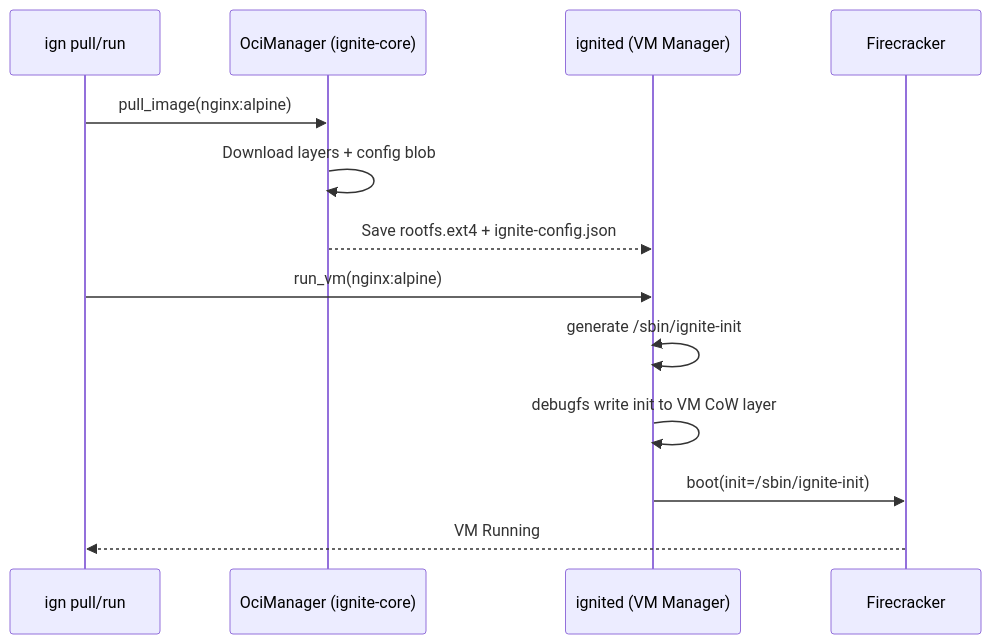
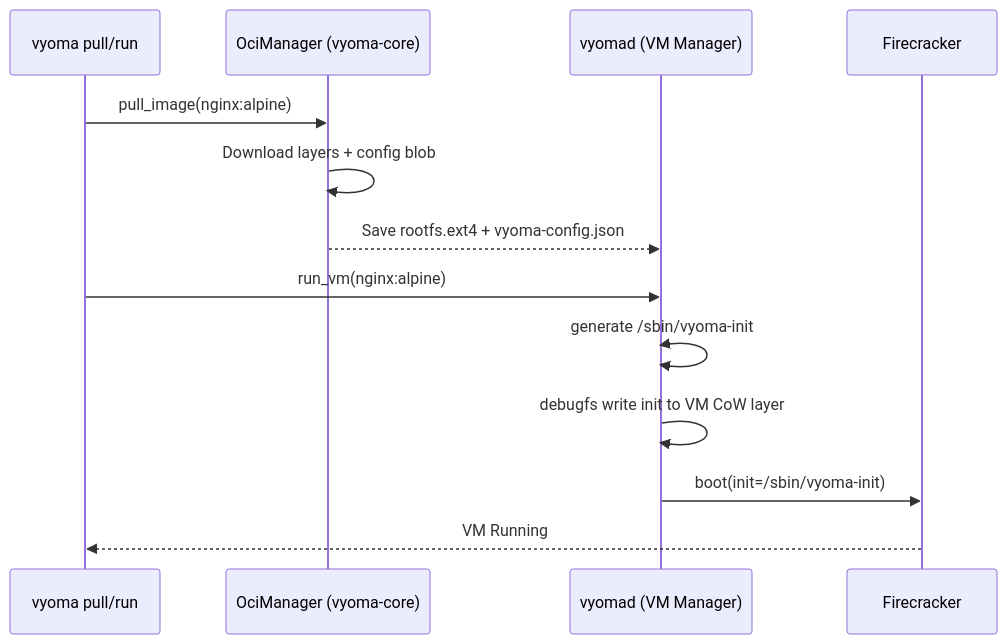
One commit to VyomaVM/Vyoma changed the diagram in openspec/designs/adr-020-oci-image-config.md. Above: the diagram before and after it, drawn with Mermaid. The commit also changed other lines of this file and 47 other files, not shown here.

First line of the commit message:
docs: rename ignite/ignited/ign to vyoma in openspec

````diff
--- a/openspec/designs/adr-020-oci-image-config.md
+++ b/openspec/designs/adr-020-oci-image-config.md
@@ -28,16 +28,16 @@
 ```mermaid
 sequenceDiagram
-    participant CLI as ign pull/run
-    participant OCI as OciManager (ignite-core)
-    participant Daemon as ignited (VM Manager)
+    participant CLI as vyoma pull/run
+    participant OCI as OciManager (vyoma-core)
+    participant Daemon as vyomad (VM Manager)
     participant FC as Firecracker
     
     CLI->>OCI: pull_image(nginx:alpine)
     OCI->>OCI: Download layers + config blob
-    OCI-->>Daemon: Save rootfs.ext4 + ignite-config.json
+    OCI-->>Daemon: Save rootfs.ext4 + vyoma-config.json
     CLI->>Daemon: run_vm(nginx:alpine)
-    Daemon<<->>Daemon: generate /sbin/ignite-init
+    Daemon<<->>Daemon: generate /sbin/vyoma-init
     Daemon->>Daemon: debugfs write init to VM CoW layer
-    Daemon->>FC: boot(init=/sbin/ignite-init)
+    Daemon->>FC: boot(init=/sbin/vyoma-init)
     FC-->>CLI: VM Running
 ```
````
